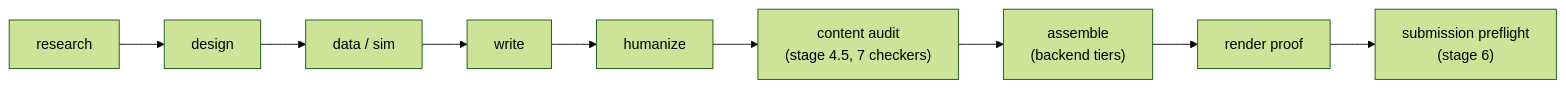
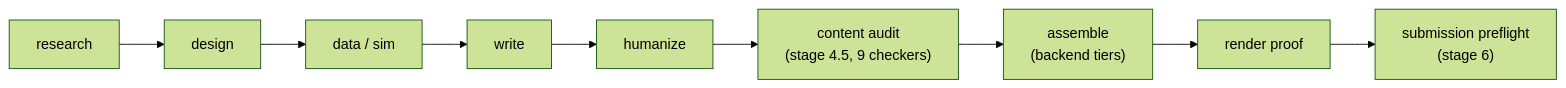
Before and after one commit to pantagram1031/rigorloom: the diagram in README.md, drawn with Mermaid (forest theme). The commit also changed other lines of this file and 9 other files, not shown here.

````diff
--- a/README.md
+++ b/README.md
@@ -48,11 +68,11 @@
 ```mermaid
 flowchart LR
     A[research] --> B[design]
     B --> C[data / sim]
     C --> D[write]
     D --> E[humanize]
-    E --> F["content audit\n(stage 4.5, 7 checkers)"]
+    E --> F["content audit\n(stage 4.5, 9 checkers)"]
     F --> G["assemble\n(backend tiers)"]
     G --> H[render proof]
     H --> I["submission preflight\n(stage 6)"]
 ```
````
